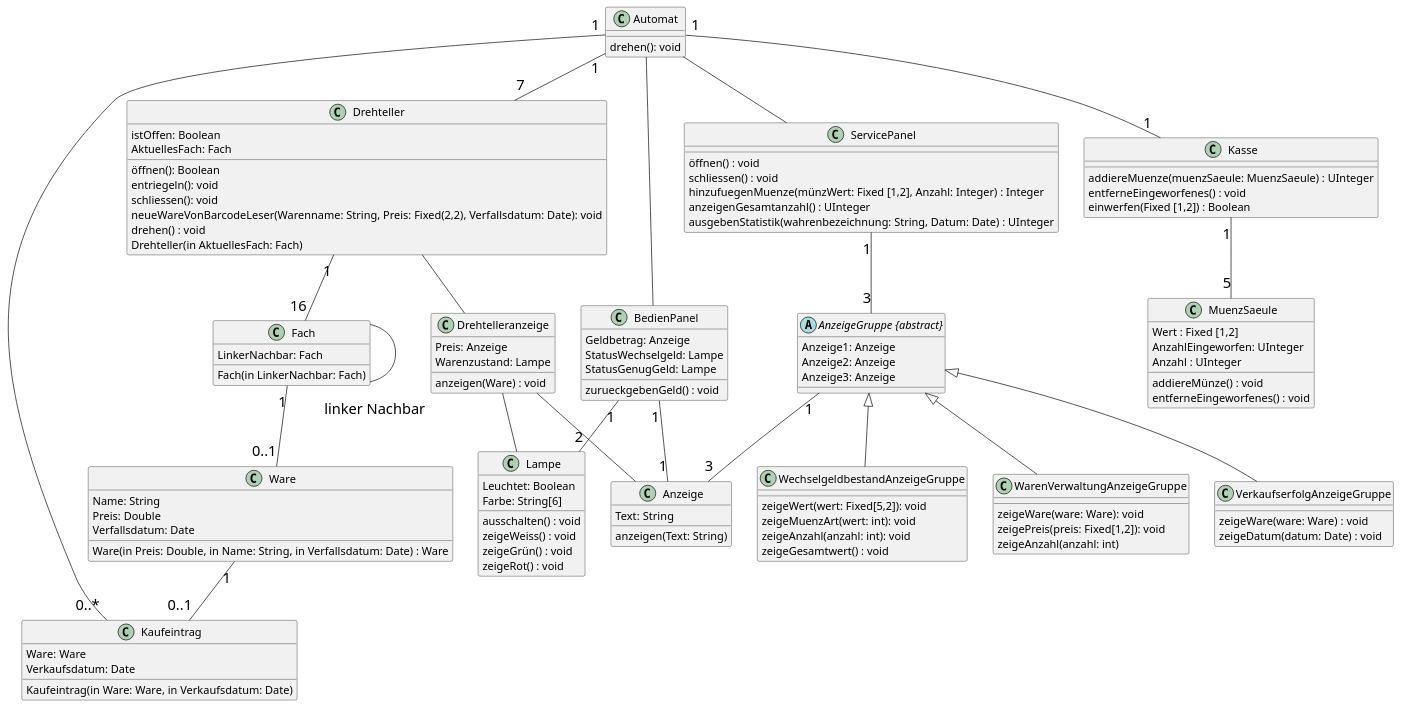
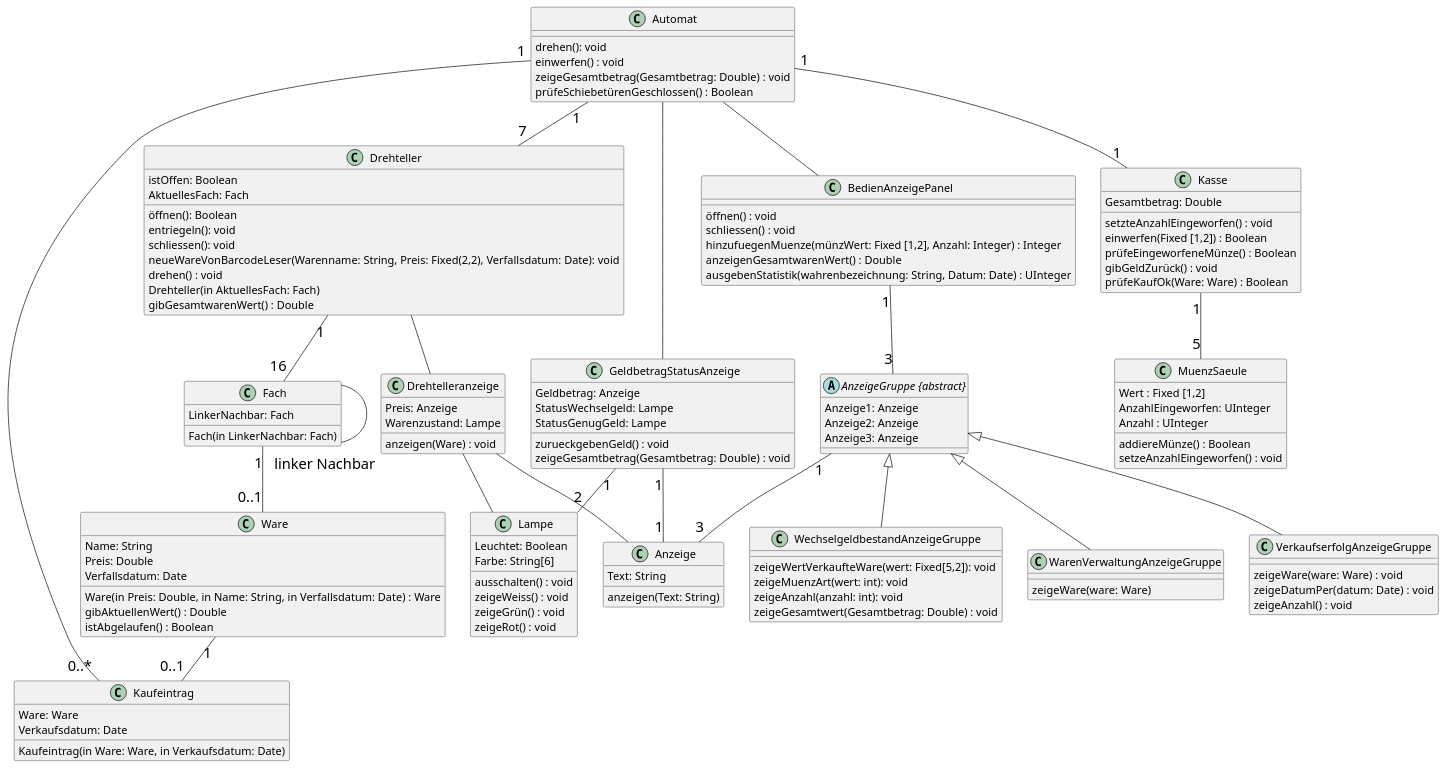
Before and after one commit to egoat/MAS-SE22_Warenautomat2022_Analyse: the second of 4 diagrams in Warenautomat.md, drawn with PlantUML. The commit also changed other lines of this file and 1 other file, not shown here.

```diff
--- a/Warenautomat.md
+++ b/Warenautomat.md
@@ -87,6 +87,9 @@
 
 class Automat {
     drehen(): void
+    einwerfen() : void
+    zeigeGesamtbetrag(Gesamtbetrag: Double) : void
+    prüfeSchiebetürenGeschlossen() : Boolean
 }
 
 class Drehteller {
@@ -98,6 +101,7 @@
     neueWareVonBarcodeLeser(Warenname: String, Preis: Fixed(2,2), Verfallsdatum: Date): void
     drehen() : void
     Drehteller(in AktuellesFach: Fach)
+    gibGesamtwarenWert() : Double
 }
 
 
@@ -111,6 +115,8 @@
     Preis: Double
     Verfallsdatum: Date
     Ware(in Preis: Double, in Name: String, in Verfallsdatum: Date) : Ware
+    gibAktuellenWert() : Double
+    istAbgelaufen() : Boolean
 }
 
 class Kaufeintrag {
@@ -120,17 +126,20 @@
 }
 
 class Kasse {
-    addiereMuenze(muenzSaeule: MuenzSaeule) : UInteger
-    entferneEingeworfenes() : void
+    Gesamtbetrag: Double
+    setzteAnzahlEingeworfen() : void
     einwerfen(Fixed [1,2]) : Boolean
+    prüfeEingeworfeneMünze() : Boolean
+    gibGeldZurück() : void
+    prüfeKaufOk(Ware: Ware) : Boolean
 }
 
 class MuenzSaeule {
     Wert : Fixed [1,2]
     AnzahlEingeworfen: UInteger
     Anzahl : UInteger
-    addiereMünze() : void
-    entferneEingeworfenes() : void
+    addiereMünze() : Boolean
+    setzeAnzahlEingeworfen() : void
 }
 
 class Drehtelleranzeige {
@@ -139,18 +148,19 @@
     anzeigen(Ware) : void
 }
 
-class BedienPanel{
+class GeldbetragStatusAnzeige{
     Geldbetrag: Anzeige
     StatusWechselgeld: Lampe
     StatusGenugGeld: Lampe
     zurueckgebenGeld() : void
+    zeigeGesamtbetrag(Gesamtbetrag: Double) : void
 }
 
-class ServicePanel{
+class BedienAnzeigePanel{
     öffnen() : void
     schliessen() : void
     hinzufuegenMuenze(münzWert: Fixed [1,2], Anzahl: Integer) : Integer
-    anzeigenGesamtanzahl() : UInteger
+    anzeigenGesamtwarenWert() : Double
     ausgebenStatistik(wahrenbezeichnung: String, Datum: Date) : UInteger
 }
 
@@ -177,21 +187,20 @@
 
 
 class WechselgeldbestandAnzeigeGruppe{
-    zeigeWert(wert: Fixed[5,2]): void
+    zeigeWertVerkaufteWare(wert: Fixed[5,2]): void
     zeigeMuenzArt(wert: int): void
     zeigeAnzahl(anzahl: int): void
-    zeigeGesamtwert() : void
+    zeigeGesamtwert(Gesamtbetrag: Double) : void
 }
 
 class WarenVerwaltungAnzeigeGruppe{
-    zeigeWare(ware: Ware): void
-    zeigePreis(preis: Fixed[1,2]): void
-    zeigeAnzahl(anzahl: int)
+    zeigeWare(ware: Ware)
 }
 
 class VerkaufserfolgAnzeigeGruppe {
     zeigeWare(ware: Ware) : void
-    zeigeDatum(datum: Date) : void
+    zeigeDatumPer(datum: Date) : void
+    zeigeAnzahl() : void
 }
 
 Automat "1" -- "7" Drehteller
@@ -205,11 +214,11 @@
 Drehteller -- Drehtelleranzeige
 Drehtelleranzeige -- Lampe
 Drehtelleranzeige -- Anzeige
-Automat -- ServicePanel
-ServicePanel "1" -- "3" "AnzeigeGruppe {abstract}"
-Automat -- BedienPanel
-BedienPanel "1" -- "1" Anzeige
-BedienPanel "1" -- "2" Lampe
+Automat -- BedienAnzeigePanel
+BedienAnzeigePanel "1" -- "3" "AnzeigeGruppe {abstract}"
+Automat -- GeldbetragStatusAnzeige
+GeldbetragStatusAnzeige "1" -- "1" Anzeige
+GeldbetragStatusAnzeige "1" -- "2" Lampe
 "AnzeigeGruppe {abstract}" "1" -- "3" Anzeige
 "AnzeigeGruppe {abstract}" <|-- WechselgeldbestandAnzeigeGruppe
 "AnzeigeGruppe {abstract}" <|-- WarenVerwaltungAnzeigeGruppe
```
